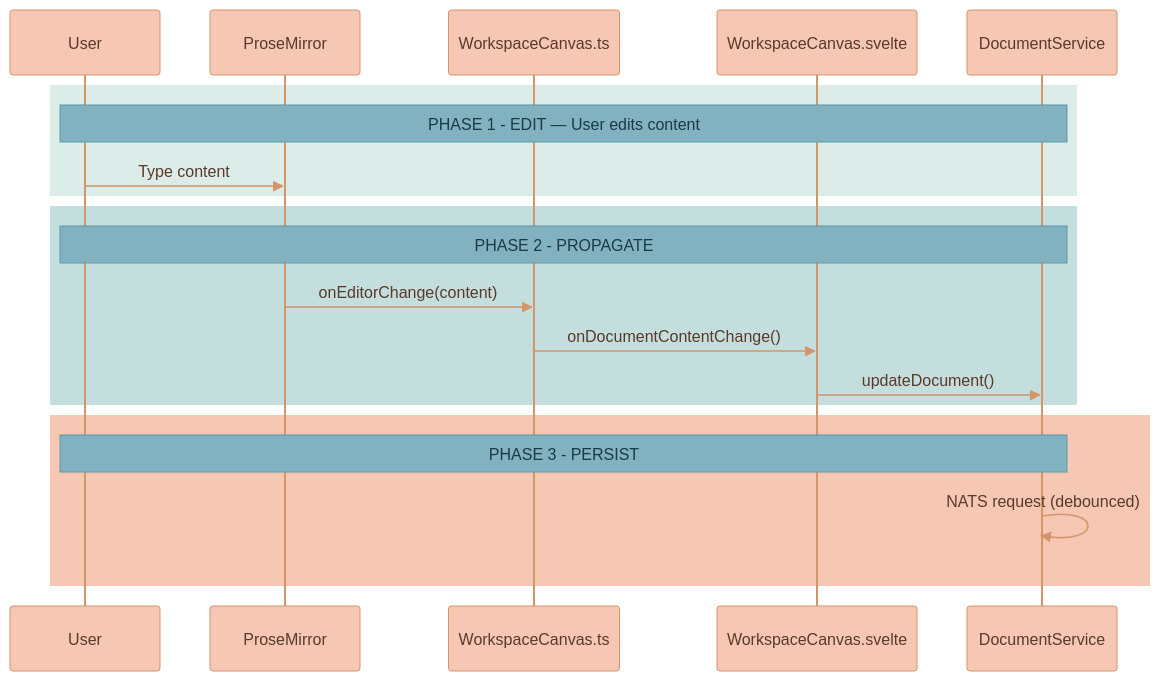
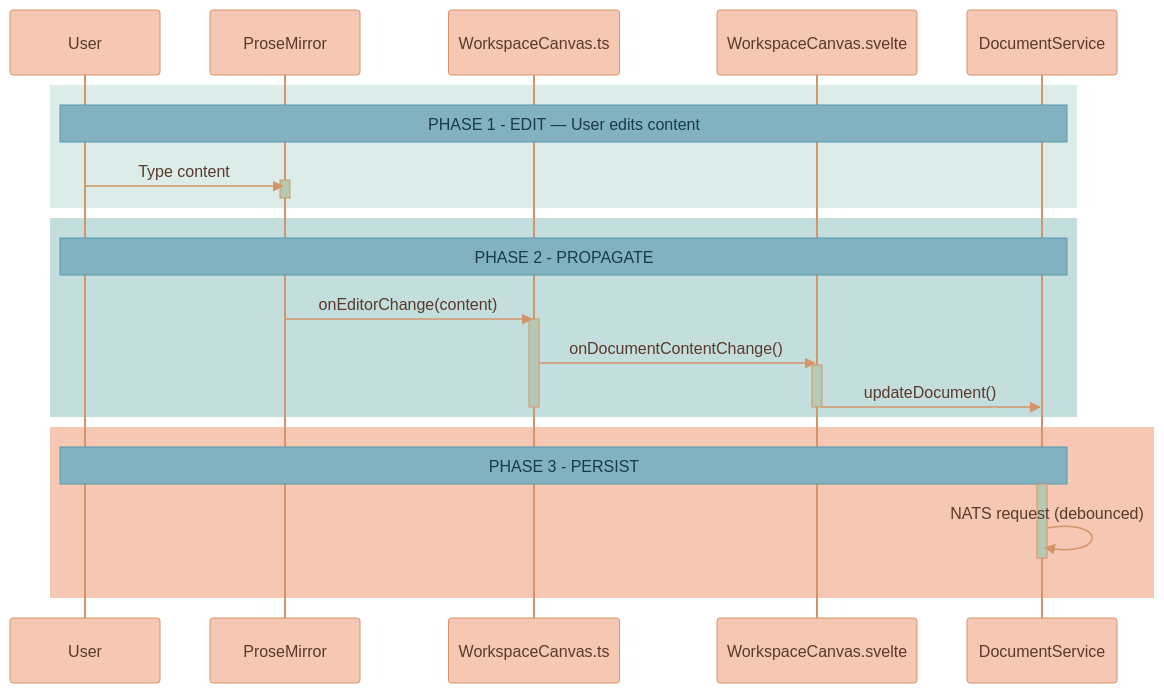
One commit to Lixpi/lixpi changed the sixth of 17 diagrams in documentation/features/WORKSPACE-FEATURE.md. Above: the diagram before and after it, drawn with Mermaid. The commit also changed other lines of this file and 5 other files, not shown here.

````diff
--- a/documentation/features/WORKSPACE-FEATURE.md
+++ b/documentation/features/WORKSPACE-FEATURE.md
@@ -345,34 +365,42 @@
 ```mermaid
-%%{init: {'theme': 'base', 'themeVariables': { 'noteBkgColor': '#82B2C0', 'noteTextColor': '#1a3a47', 'noteBorderColor': '#5a9aad', 'actorBkg': '#F6C7B3', 'actorBorder': '#d4956a', 'actorTextColor': '#5a3a2a', 'actorLineColor': '#d4956a', 'signalColor': '#d4956a', 'signalTextColor': '#5a3a2a', 'labelBoxBkgColor': '#F6C7B3', 'labelBoxBorderColor': '#d4956a', 'labelTextColor': '#5a3a2a', 'loopTextColor': '#5a3a2a', 'activationBorderColor': '#d4956a', 'activationBkgColor': '#C3DEDD', 'sequenceNumberColor': '#5a3a2a'}}}%%
+%%{init: {'theme': 'base', 'themeVariables': { 'noteBkgColor': '#82B2C0', 'noteTextColor': '#1a3a47', 'noteBorderColor': '#5a9aad', 'actorBkg': '#F6C7B3', 'actorBorder': '#d4956a', 'actorTextColor': '#5a3a2a', 'actorLineColor': '#d4956a', 'signalColor': '#d4956a', 'signalTextColor': '#5a3a2a', 'labelBoxBkgColor': '#F6C7B3', 'labelBoxBorderColor': '#d4956a', 'labelTextColor': '#5a3a2a', 'loopTextColor': '#5a3a2a', 'activationBorderColor': '#d4956a', 'activationBkgColor': '#B5C9B5', 'sequenceNumberColor': '#5a3a2a'}}}%%
 sequenceDiagram
     participant User
     participant ProseMirror
     participant Canvas as WorkspaceCanvas.ts
     participant Svelte as WorkspaceCanvas.svelte
     participant DSvc as DocumentService
     %% ═══════════════════════════════════════════════════════════════
     %% PHASE 1: EDIT
     %% ═══════════════════════════════════════════════════════════════
     rect rgb(220, 236, 233)
         Note over User, DSvc: PHASE 1 - EDIT — User edits content
         User->>ProseMirror: Type content
+        activate ProseMirror
+        deactivate ProseMirror
     end
 
     %% ═══════════════════════════════════════════════════════════════
     %% PHASE 2: PROPAGATE
     %% ═══════════════════════════════════════════════════════════════
     rect rgb(195, 222, 221)
         Note over User, DSvc: PHASE 2 - PROPAGATE
         ProseMirror->>Canvas: onEditorChange(content)
+        activate Canvas
         Canvas->>Svelte: onDocumentContentChange()
+        activate Svelte
         Svelte->>DSvc: updateDocument()
+        deactivate Svelte
+        deactivate Canvas
     end
 
     %% ═══════════════════════════════════════════════════════════════
     %% PHASE 3: PERSIST
     %% ═══════════════════════════════════════════════════════════════
     rect rgb(246, 199, 179)
         Note over User, DSvc: PHASE 3 - PERSIST
+        activate DSvc
         DSvc->>DSvc: NATS request (debounced)
+        deactivate DSvc
     end
 ```
````
